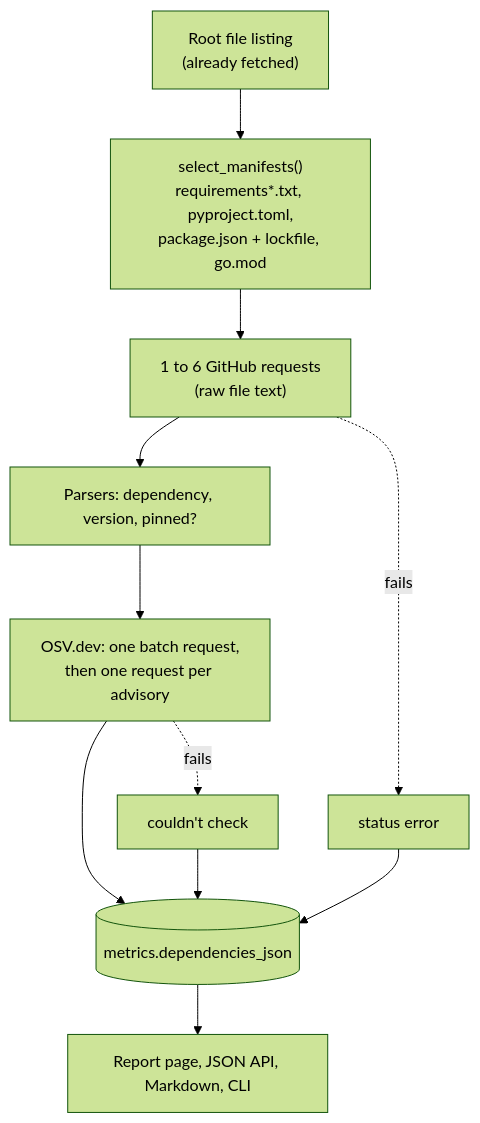
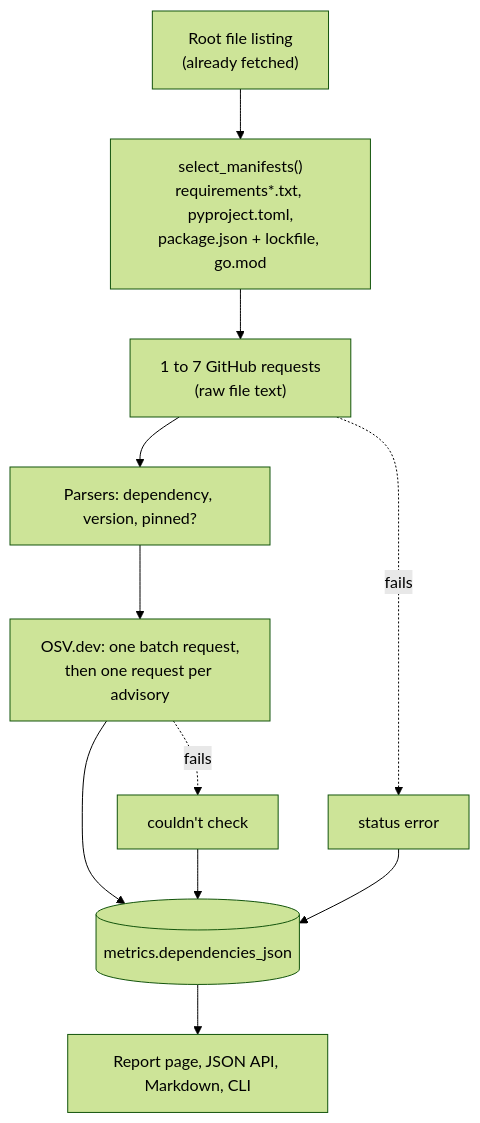
Before and after one commit to vishnuatgit/ArchLens: diagram 17 of 17 in docs/process-flows.md, drawn with Mermaid (forest theme). The commit also changed other lines of this file and 9 other files, not shown here.

````diff
--- a/docs/process-flows.md
+++ b/docs/process-flows.md
@@ -464,13 +470,13 @@
 ```mermaid
 flowchart TD
     R["Root file listing<br/>(already fetched)"] --> M["select_manifests()<br/>requirements*.txt, pyproject.toml,<br/>package.json + lockfile, go.mod"]
-    M --> G["1 to 6 GitHub requests<br/>(raw file text)"]
+    M --> G["1 to 7 GitHub requests<br/>(raw file text)"]
     G --> P["Parsers: dependency, version, pinned?"]
     P --> O["OSV.dev: one batch request,<br/>then one request per advisory"]
     O --> D[("metrics.dependencies_json")]
     G -. fails .-> E["status error"]
     O -. fails .-> U["couldn't check"]
     E --> D
     U --> D
     D --> V["Report page, JSON API, Markdown, CLI"]
 ```
````
